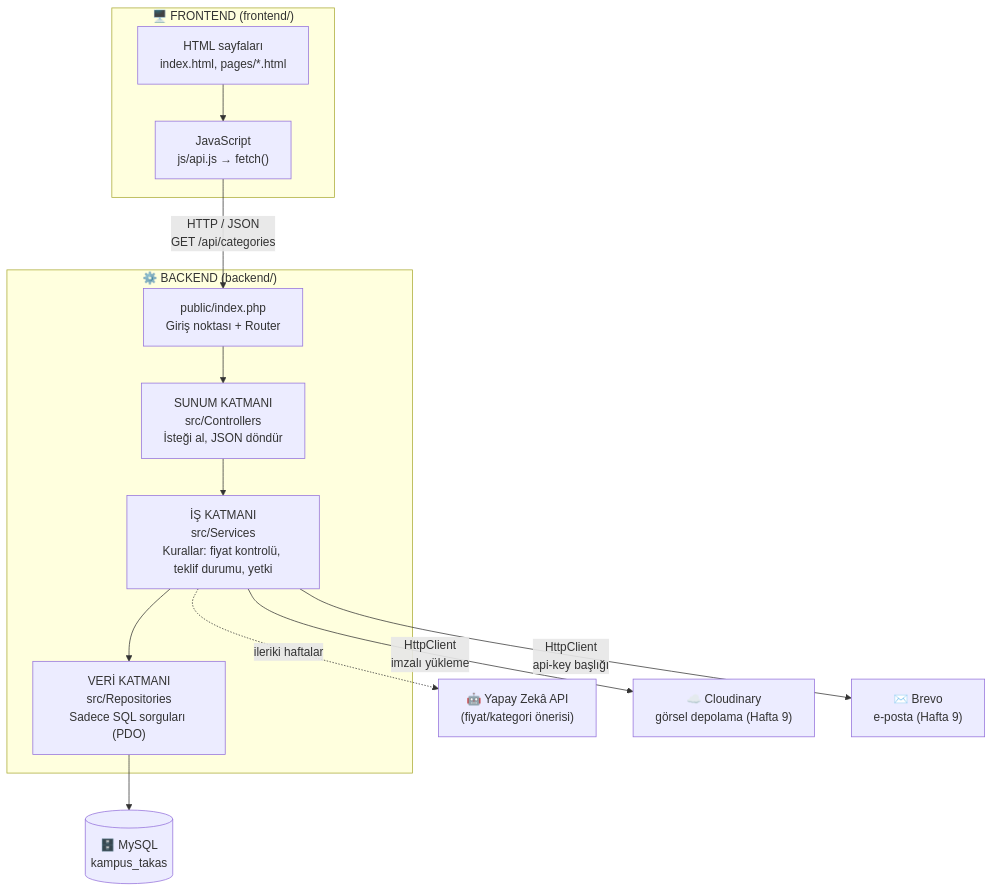
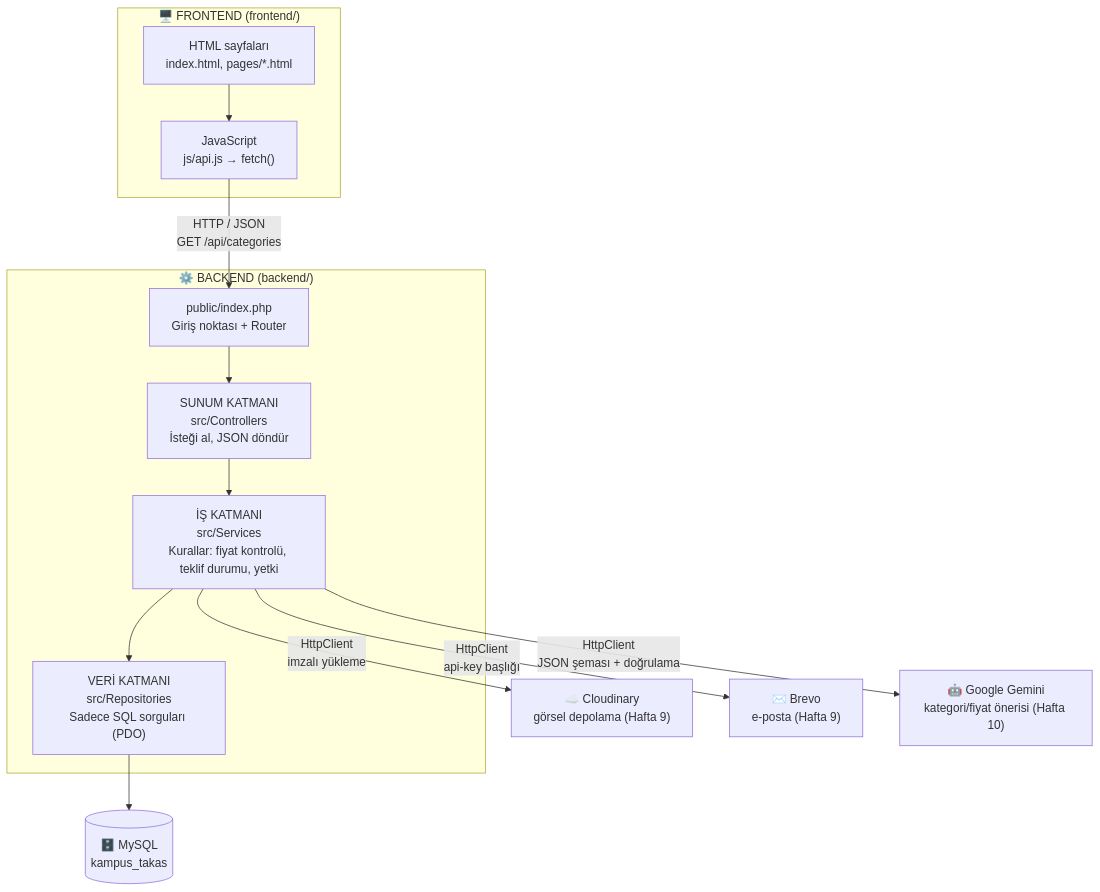
One commit to pelinkabadayi-21/kampus-takas-web- changed the diagram in docs/mimari.md. Above: the diagram before and after it, drawn with Mermaid. The commit also changed 6 other files, not shown here.

First line of the commit message:
Hafta 10 [docs]: hafta 10 raporu, README, güvenlik notu, mimari/ER, haftalık rapor ve AI günlüğü

````diff
--- a/docs/mimari.md
+++ b/docs/mimari.md
@@ -5,27 +5,27 @@
 ```mermaid
 flowchart TB
     subgraph FE["🖥️ FRONTEND  (frontend/)"]
         HTML["HTML sayfaları<br/>index.html, pages/*.html"]
         JS["JavaScript<br/>js/api.js → fetch()"]
         HTML --> JS
     end
 
     subgraph BE["⚙️ BACKEND  (backend/)"]
         IDX["public/index.php<br/>Giriş noktası + Router"]
         C["SUNUM KATMANI<br/>src/Controllers<br/>İsteği al, JSON döndür"]
         S["İŞ KATMANI<br/>src/Services<br/>Kurallar: fiyat kontrolü, teklif durumu, yetki"]
         R["VERİ KATMANI<br/>src/Repositories<br/>Sadece SQL sorguları (PDO)"]
         IDX --> C --> S --> R
     end
 
     DB[("🗄️ MySQL<br/>kampus_takas")]
-    AI["🤖 Yapay Zekâ API<br/>(fiyat/kategori önerisi)"]
     CLD["☁️ Cloudinary<br/>görsel depolama (Hafta 9)"]
     BRV["✉️ Brevo<br/>e-posta (Hafta 9)"]
+    GEM["🤖 Google Gemini<br/>kategori/fiyat önerisi (Hafta 10)"]
 
     JS -- "HTTP / JSON<br/>GET /api/categories" --> IDX
     R --> DB
-    S -. "ileriki haftalar" .-> AI
     S -- "HttpClient<br/>imzalı yükleme" --> CLD
     S -- "HttpClient<br/>api-key başlığı" --> BRV
+    S -- "HttpClient<br/>JSON şeması + doğrulama" --> GEM
 ```
````
